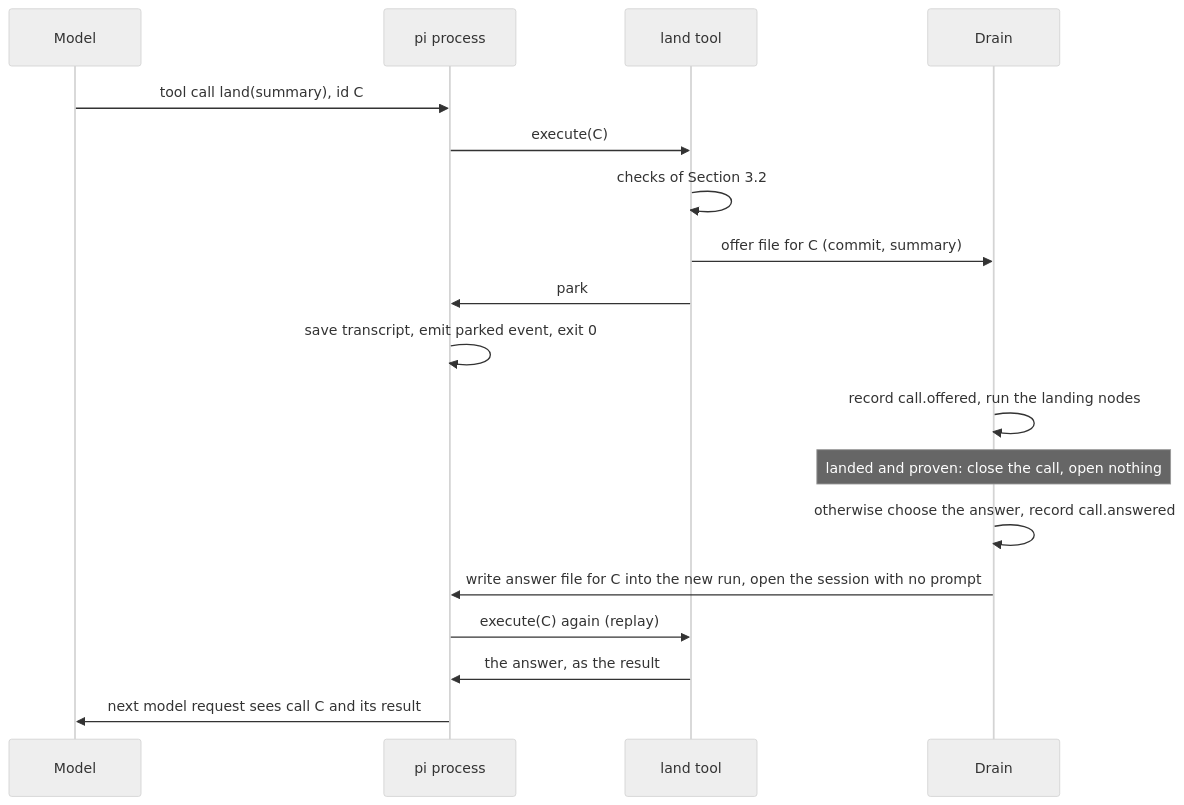
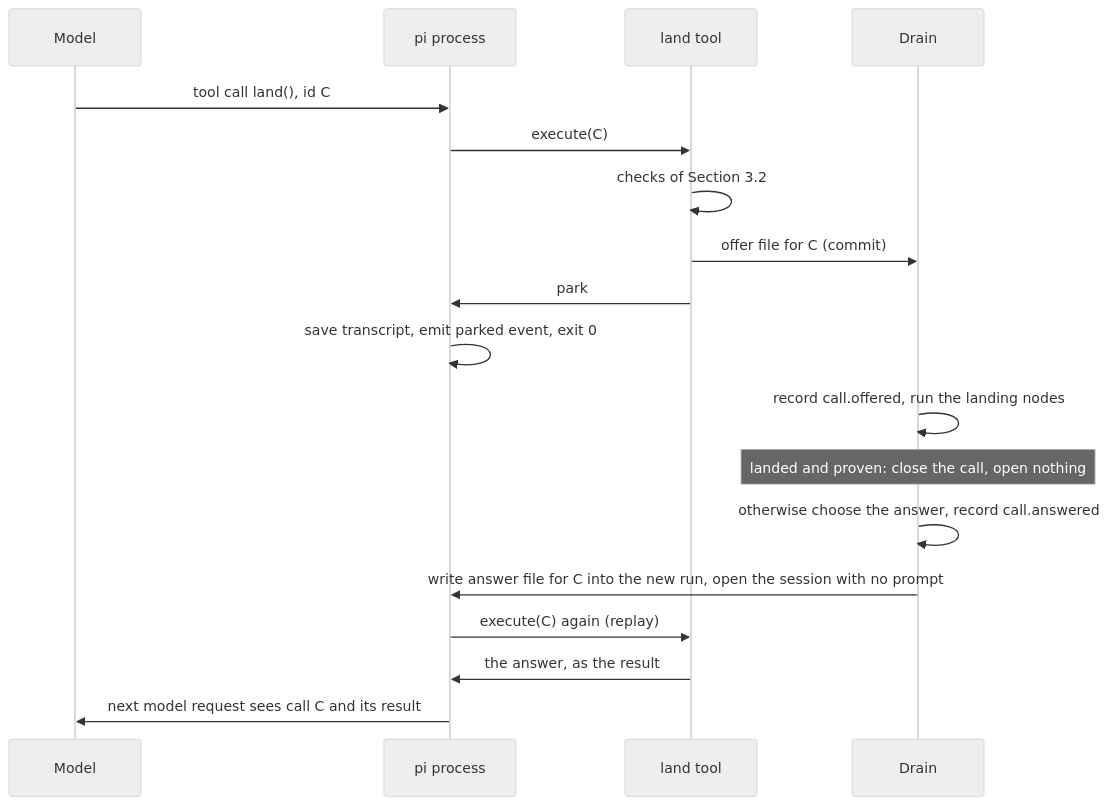
The second of 2 diagrams in docs/design/tillr-landing-call.md (mschulkind-oss/tillr), drawn with Mermaid (neutral theme) before and after one commit. The commit also changed other lines of this file and 56 other files, not shown here.

````diff
--- a/docs/design/tillr-landing-call.md
+++ b/docs/design/tillr-landing-call.md
@@ -292,20 +289,20 @@
 ```mermaid
 sequenceDiagram
     participant M as Model
     participant P as pi process
     participant T as land tool
     participant D as Drain
-    M->>P: tool call land(summary), id C
+    M->>P: tool call land(), id C
     P->>T: execute(C)
     T->>T: checks of Section 3.2
-    T->>D: offer file for C (commit, summary)
+    T->>D: offer file for C (commit)
     T->>P: park
     P->>P: save transcript, emit parked event, exit 0
     D->>D: record call.offered, run the landing nodes
     Note over D: landed and proven: close the call, open nothing
     D->>D: otherwise choose the answer, record call.answered
     D->>P: write answer file for C into the new run, open the session with no prompt
     P->>T: execute(C) again (replay)
     T->>P: the answer, as the result
     P->>M: next model request sees call C and its result
 ```
````
